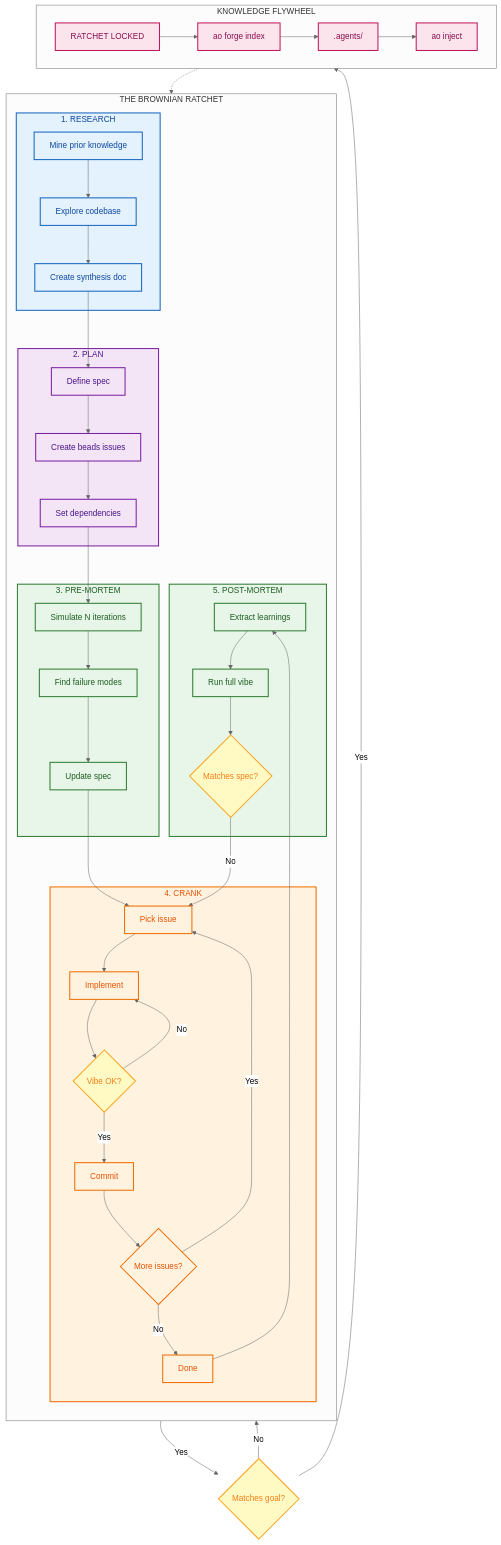
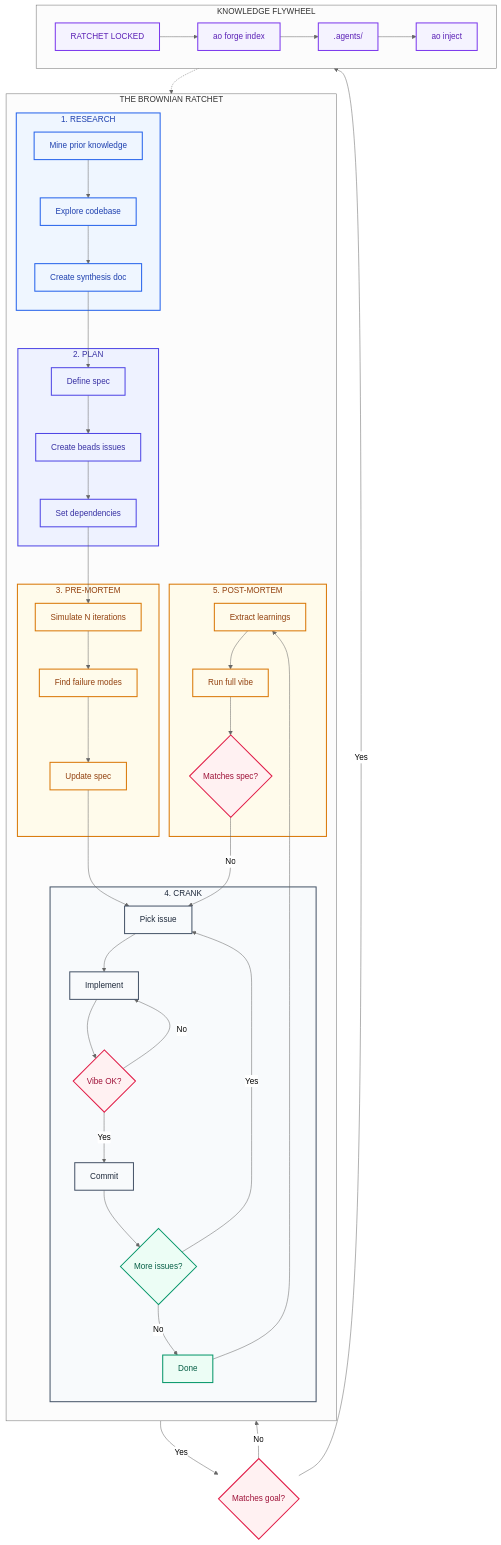
Before and after one commit to rev044/agentops: the first of 3 diagrams in README.md, drawn with Mermaid (neutral theme). The commit also changed other lines of this file, not shown here.

Commit message:
docs(readme): apply professional color palette based on color theory
Color scheme uses split-complementary theory with Tailwind CSS palette:
- Research: Slate Blue (#2563eb) - information, discovery
- Plan: Indigo (#4f46e5) - strategy, structure
- Pre-mortem/Validate: Amber (#d97706) - caution, analysis
- Implement: Slate (#475569) - neutral, work
- Success: Emerald (#059669) - completion
- Knowledge: Violet (#7c3aed) - insight, memory
- Decision: Rose (#e11d48) - choice points

All colors are WCAG accessible with proper contrast ratios.
Escape velocity diagram uses semantic red→green gradient.

````diff
--- a/README.md
+++ b/README.md
@@ -23,13 +23,28 @@
 ```mermaid
 flowchart TB
-    %% Styles
-    classDef research fill:#e3f2fd,stroke:#1565c0,stroke-width:2px,color:#0d47a1
-    classDef plan fill:#f3e5f5,stroke:#7b1fa2,stroke-width:2px,color:#4a148c
-    classDef implement fill:#fff3e0,stroke:#ef6c00,stroke-width:2px,color:#e65100
-    classDef validate fill:#e8f5e9,stroke:#2e7d32,stroke-width:2px,color:#1b5e20
-    classDef knowledge fill:#fce4ec,stroke:#c2185b,stroke-width:2px,color:#880e4f
-    classDef auto fill:#eceff1,stroke:#546e7a,stroke-width:1px,stroke-dasharray: 5 5,color:#37474f
-    classDef decision fill:#fff9c4,stroke:#f9a825,stroke-width:2px,color:#f57f17
+    %% Professional color palette based on split-complementary color theory
+    %% Using Tailwind CSS colors for proven accessibility and professionalism
+
+    %% Research: Slate Blue (information, discovery)
+    classDef research fill:#eff6ff,stroke:#2563eb,stroke-width:2px,color:#1e40af
+
+    %% Plan: Indigo (strategy, structure)
+    classDef plan fill:#eef2ff,stroke:#4f46e5,stroke-width:2px,color:#3730a3
+
+    %% Pre-mortem/Validate: Amber (caution, analysis)
+    classDef caution fill:#fffbeb,stroke:#d97706,stroke-width:2px,color:#92400e
+
+    %% Implement: Slate (neutral, work)
+    classDef implement fill:#f8fafc,stroke:#475569,stroke-width:2px,color:#1e293b
+
+    %% Success/Done: Emerald (completion, success)
+    classDef success fill:#ecfdf5,stroke:#059669,stroke-width:2px,color:#065f46
+
+    %% Knowledge: Violet (insight, memory)
+    classDef knowledge fill:#f5f3ff,stroke:#7c3aed,stroke-width:2px,color:#5b21b6
+
+    %% Decision: Rose (choice point)
+    classDef decision fill:#fff1f2,stroke:#e11d48,stroke-width:2px,color:#9f1239
 
     %% Main Workflow
     subgraph WORKFLOW["THE BROWNIAN RATCHET"]
@@ -97,9 +112,10 @@
     %% Apply styles
     class R,R1,R2,R3 research
     class P,P1,P2,P3 plan
-    class PM,PM1,PM2,PM3 validate
-    class C,C1,C2,C3,C4,C5,DONE implement
-    class PO,PO1,PO2,PO3 validate
-    class GOAL,PO3,C3 decision
+    class PM,PM1,PM2,PM3 caution
+    class C,C1,C2,C4 implement
+    class C5,DONE success
+    class PO,PO1,PO2 caution
+    class C3,PO3,GOAL decision
     class LOCK,INDEX,STORE,INJECT knowledge
 ```
````
